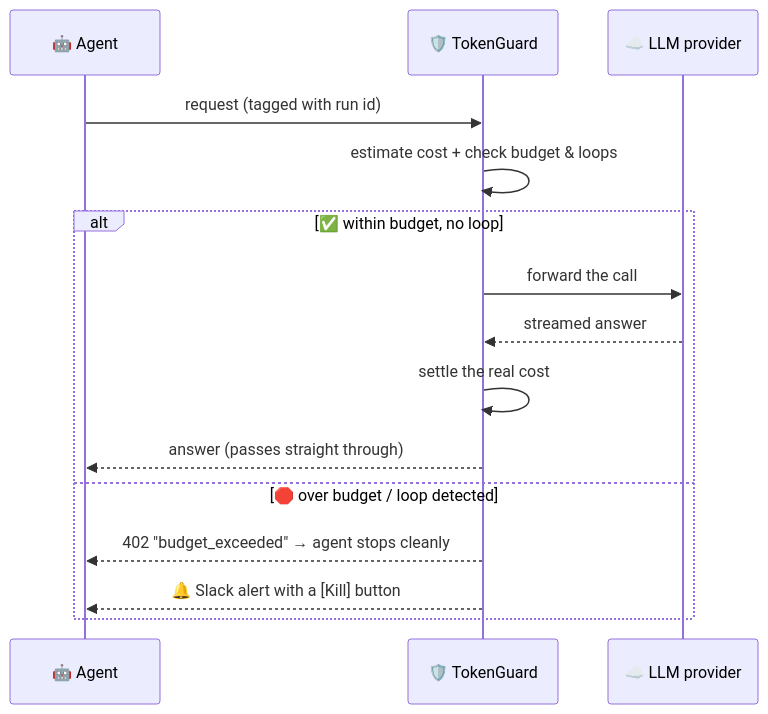
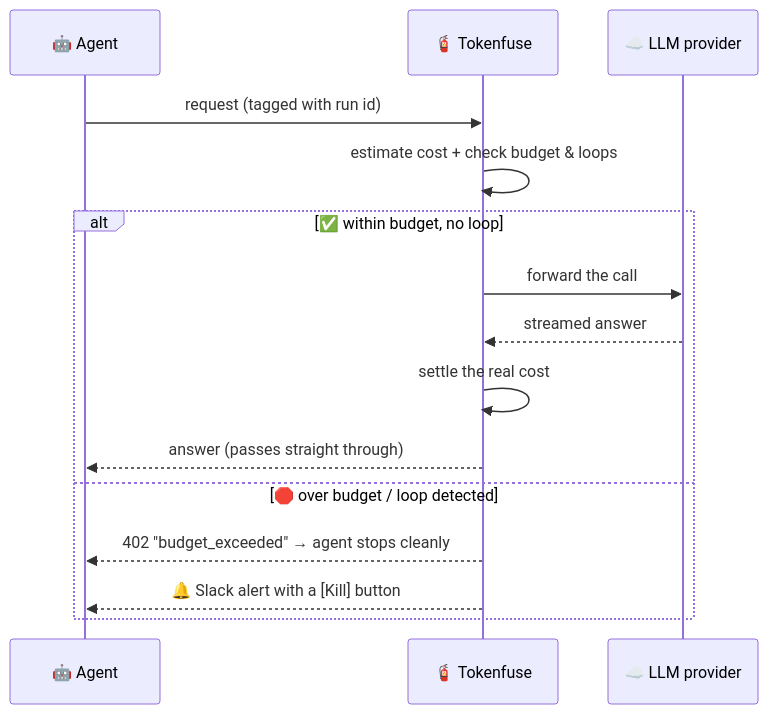
The second of 5 diagrams in README.md (TAIPANBOX/tokenfuse), drawn with Mermaid before and after one commit. The commit also changed other lines of this file and 9 other files, not shown here.

First line of the commit message:
Rename project TokenGuard → Tokenfuse

````diff
--- a/README.md
+++ b/README.md
@@ -86,17 +86,17 @@
 ```mermaid
 sequenceDiagram
     participant A as 🤖 Agent
-    participant T as 🛡️ TokenGuard
+    participant T as 🧯 Tokenfuse
     participant L as ☁️ LLM provider
     A->>T: request (tagged with run id)
     T->>T: estimate cost + check budget & loops
     alt ✅ within budget, no loop
         T->>L: forward the call
         L-->>T: streamed answer
         T->>T: settle the real cost
         T-->>A: answer (passes straight through)
     else 🛑 over budget / loop detected
         T-->>A: 402 "budget_exceeded" → agent stops cleanly
         T-->>A: 🔔 Slack alert with a [Kill] button
     end
 ```
````
